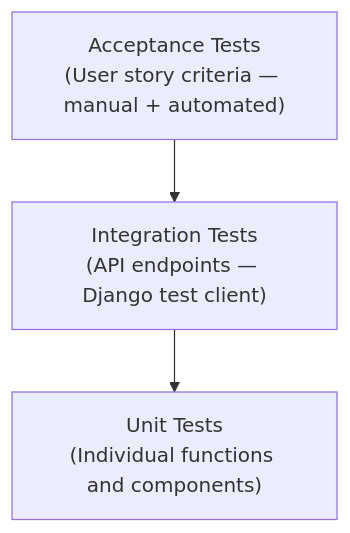
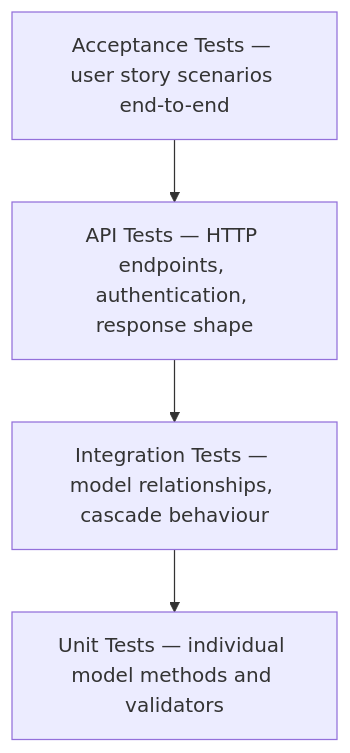
The diagram in docs/testing.md (William-Bowman-JCU/cp3407-project), drawn with Mermaid before and after one commit. The commit also changed other lines of this file and 7 other files, not shown here.

First line of the commit message:
feat: add REST API (DRF), serializers, 21 new API tests (69 total)

````diff
--- a/docs/testing.md
+++ b/docs/testing.md
@@ -24,8 +40,8 @@
 ```mermaid
 graph TB
-    A["Acceptance Tests\n(User story criteria — manual + automated)"]
-    B["Integration Tests\n(API endpoints — Django test client)"]
-    C["Unit Tests\n(Individual functions and components)"]
-
-    A --> B --> C
+    A["Acceptance Tests — user story scenarios end-to-end"]
+    B["API Tests — HTTP endpoints, authentication, response shape"]
+    C["Integration Tests — model relationships, cascade behaviour"]
+    D["Unit Tests — individual model methods and validators"]
+    A --> B --> C --> D
 ```
````
